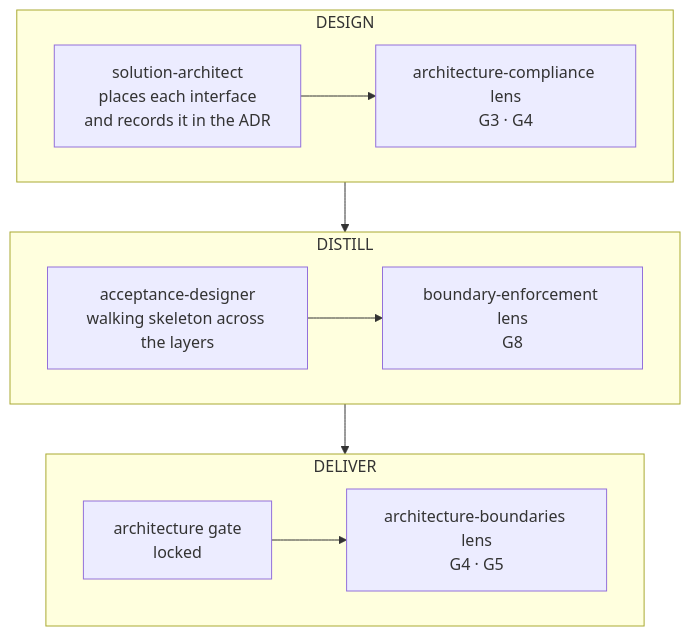
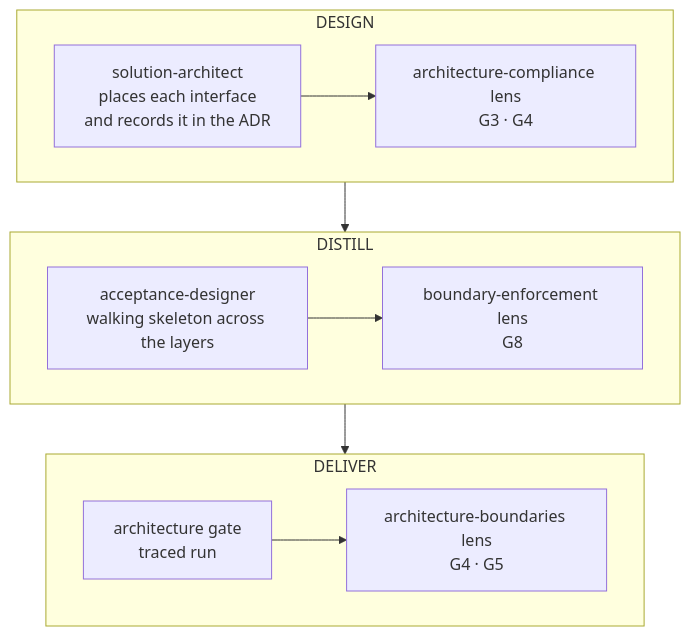
Before and after one commit to SebastienDegodez/skraft-plugin: the second of 2 diagrams in docs/website/docs/explanation/clean-architecture.md, drawn with Mermaid. The commit also changed other lines of this file and 78 other files, not shown here.

````diff
--- a/docs/website/docs/explanation/clean-architecture.md
+++ b/docs/website/docs/explanation/clean-architecture.md
@@ -89,16 +89,16 @@
 ```mermaid
 flowchart TB
     subgraph DES["DESIGN"]
         direction LR
         A1["solution-architect<br/>places each interface<br/>and records it in the ADR"] --> A2["architecture-compliance lens<br/>G3 · G4"]
     end
     subgraph DIS["DISTILL"]
         direction LR
         B1["acceptance-designer<br/>walking skeleton across the layers"] --> B2["boundary-enforcement lens<br/>G8"]
     end
     subgraph DEL["DELIVER"]
         direction LR
-        C1["architecture gate<br/>locked"] --> C3["architecture-boundaries lens<br/>G4 · G5"]
+        C1["architecture gate<br/>traced run"] --> C3["architecture-boundaries lens<br/>G4 · G5"]
     end
     DES --> DIS --> DEL
 ```
````
